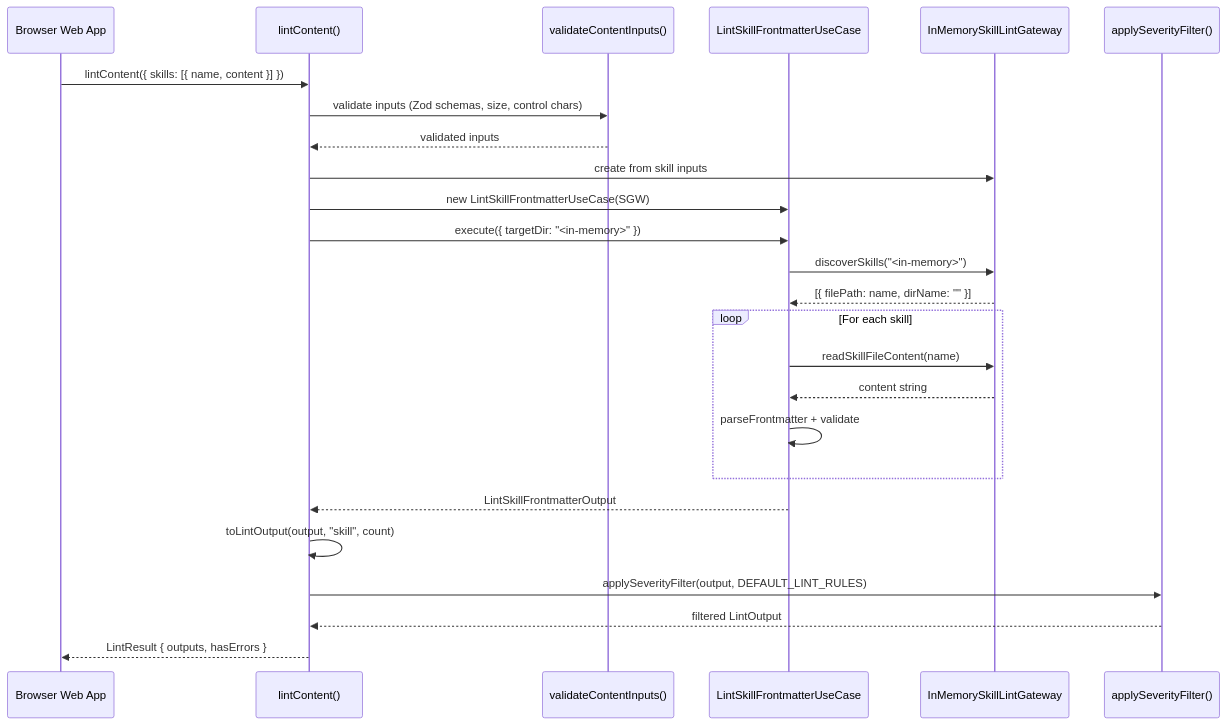
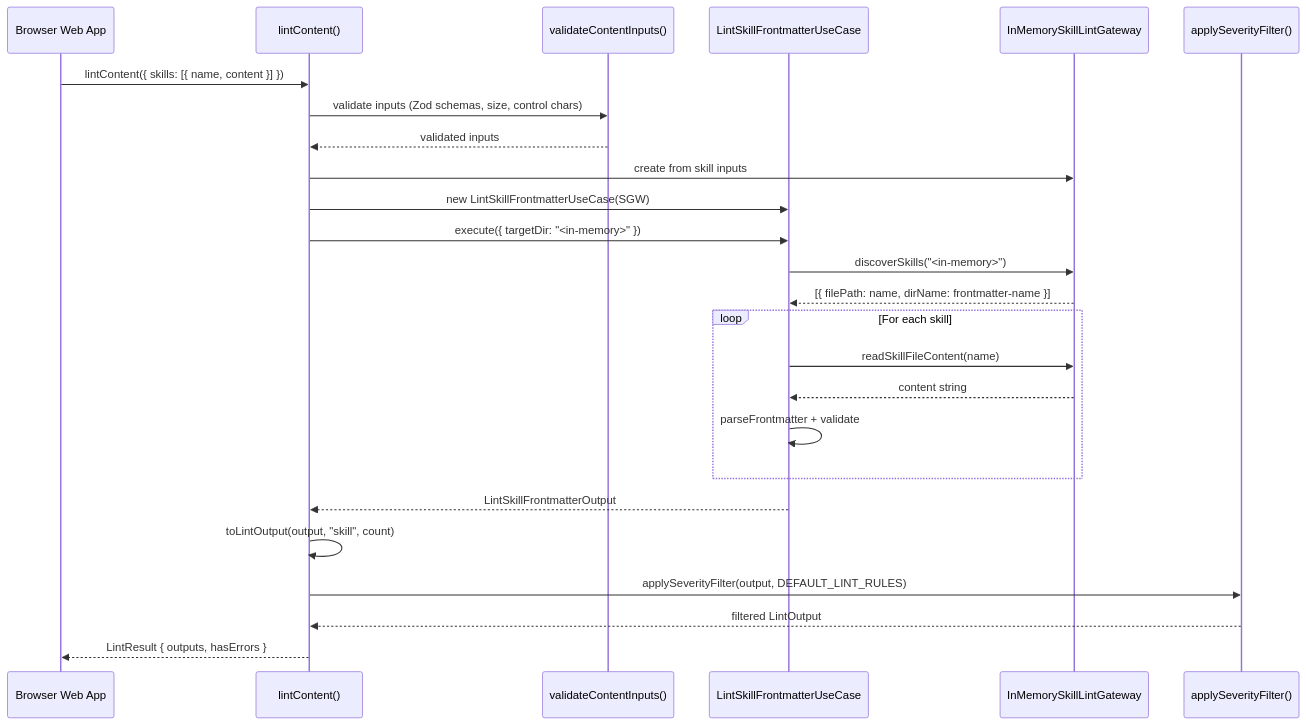
Before and after one commit to zpratt/lousy-agents: the second of 2 diagrams in .github/specs/lint-string-input.spec.md, drawn with Mermaid. The commit also changed other lines of this file, not shown here.

````diff
--- a/.github/specs/lint-string-input.spec.md
+++ b/.github/specs/lint-string-input.spec.md
@@ -219,30 +226,30 @@
 ```mermaid
 sequenceDiagram
     participant WebApp as Browser Web App
     participant LC as lintContent()
     participant V as validateContentInputs()
     participant SUC as LintSkillFrontmatterUseCase
     participant SGW as InMemorySkillLintGateway
     participant Filter as applySeverityFilter()
 
     WebApp->>LC: lintContent({ skills: [{ name, content }] })
     LC->>V: validate inputs (Zod schemas, size, control chars)
     V-->>LC: validated inputs
 
     LC->>SGW: create from skill inputs
     LC->>SUC: new LintSkillFrontmatterUseCase(SGW)
     LC->>SUC: execute({ targetDir: "<in-memory>" })
     SUC->>SGW: discoverSkills("<in-memory>")
-    SGW-->>SUC: [{ filePath: name, dirName: "" }]
+    SGW-->>SUC: [{ filePath: name, dirName: frontmatter-name }]
     loop For each skill
         SUC->>SGW: readSkillFileContent(name)
         SGW-->>SUC: content string
         SUC->>SUC: parseFrontmatter + validate
     end
     SUC-->>LC: LintSkillFrontmatterOutput
 
     LC->>LC: toLintOutput(output, "skill", count)
     LC->>Filter: applySeverityFilter(output, DEFAULT_LINT_RULES)
     Filter-->>LC: filtered LintOutput
     LC-->>WebApp: LintResult { outputs, hasErrors }
 ```
````
